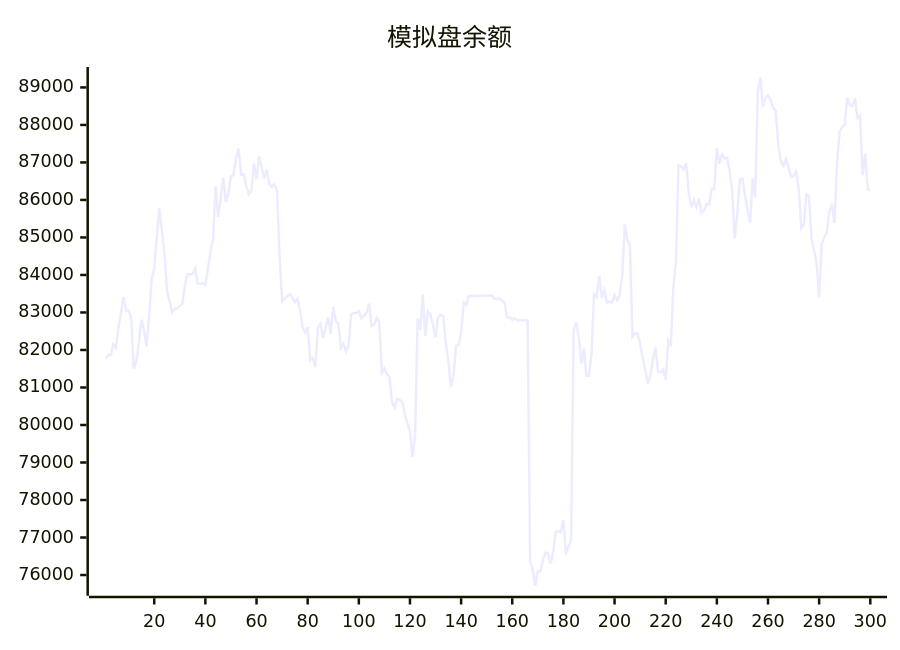
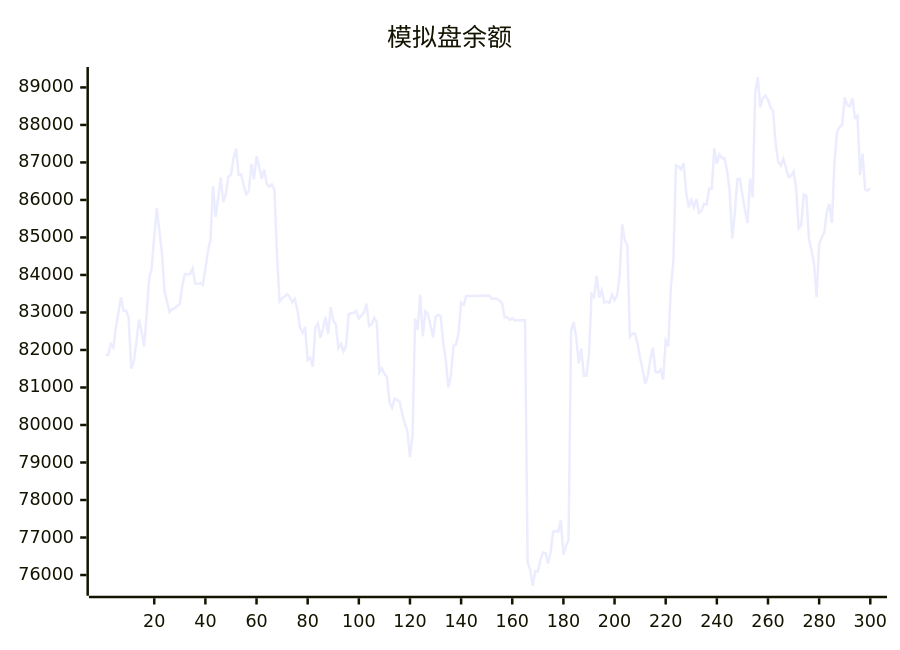
Before and after one commit to aahl/ai-trading: the diagram in README.md, drawn with Mermaid. The commit also changed other lines of this file and 1 other file, not shown here.

````diff
--- a/README.md
+++ b/README.md
@@ -5,5 +5,5 @@
 ```mermaid
 xychart
     title "模拟盘余额"
-    line [81776,81866,81866,82158,82061,82596,83000,83408,83041,83050,82858,81503,81691,82188,82812,82517,82092,82901,83898,84180,85030,85781,85178,84604,83569,83298,83008,83093,83107,83175,83228,83729,84025,84017,84019,84177,83775,83762,83785,83738,84160,84639,84939,86370,85548,86046,86599,85942,86161,86622,86664,87115,87369,86666,86685,86384,86152,86243,86969,86548,87164,86885,86566,86809,86427,86348,86417,86273,84538,83299,83369,83430,83490,83404,83270,83362,83056,82605,82459,82614,81734,81788,81551,82598,82702,82320,82580,82878,82426,83139,82778,82686,82056,82166,81963,82110,82951,82983,82984,83038,82838,82915,82998,83235,82642,82682,82858,82746,81396,81512,81362,81277,80600,80461,80699,80673,80616,80288,80038,79836,79142,79722,82837,82533,83480,82366,83032,82960,82654,82330,82883,82934,82901,82188,81728,81005,81298,82110,82135,82449,83264,83203,83440,83439,83440,83440,83446,83447,83448,83447,83448,83449,83369,83369,83369,83313,83256,82872,82873,82801,82844,82785,82791,82791,82793,82794,76339,76145,75714,76110,76096,76397,76594,76585,76310,76607,77160,77170,77160,77456,76541,76774,76927,82520,82744,82337,81639,82040,81307,81314,81887,83490,83414,83984,83396,83594,83261,83287,83253,83470,83327,83465,83987,85348,84930,84786,82355,82433,82438,82167,81795,81466,81105,81315,81756,82064,81426,81398,81481,81210,82242,82099,83658,84359,86925,86892,86814,86980,86203,85802,86003,85811,86028,85657,85721,85896,85880,86300,86299,87378,86965,87214,87115,87118,86780,86238,84966,85623,86555,86562,86129,85722,85387,86569,86070,88870,89278,88477,88720,88781,88668,88467,88372,87493,87018,86917,87102,86870,86613,86644,86758,86317,85242,85334,86149,86106,84968,84671,84302,83410,84816,85001,85127,85693,85891,85384,87001,87811,87945,88007,88734,88528,88495,88705,88189,88248,86662,87234,86279,86251]
+    line [81866,81866,82158,82061,82596,83000,83408,83041,83050,82858,81503,81691,82188,82812,82517,82092,82901,83898,84180,85030,85781,85178,84604,83569,83298,83008,83093,83107,83175,83228,83729,84025,84017,84019,84177,83775,83762,83785,83738,84160,84639,84939,86370,85548,86046,86599,85942,86161,86622,86664,87115,87369,86666,86685,86384,86152,86243,86969,86548,87164,86885,86566,86809,86427,86348,86417,86273,84538,83299,83369,83430,83490,83404,83270,83362,83056,82605,82459,82614,81734,81788,81551,82598,82702,82320,82580,82878,82426,83139,82778,82686,82056,82166,81963,82110,82951,82983,82984,83038,82838,82915,82998,83235,82642,82682,82858,82746,81396,81512,81362,81277,80600,80461,80699,80673,80616,80288,80038,79836,79142,79722,82837,82533,83480,82366,83032,82960,82654,82330,82883,82934,82901,82188,81728,81005,81298,82110,82135,82449,83264,83203,83440,83439,83440,83440,83446,83447,83448,83447,83448,83449,83369,83369,83369,83313,83256,82872,82873,82801,82844,82785,82791,82791,82793,82794,76339,76145,75714,76110,76096,76397,76594,76585,76310,76607,77160,77170,77160,77456,76541,76774,76927,82520,82744,82337,81639,82040,81307,81314,81887,83490,83414,83984,83396,83594,83261,83287,83253,83470,83327,83465,83987,85348,84930,84786,82355,82433,82438,82167,81795,81466,81105,81315,81756,82064,81426,81398,81481,81210,82242,82099,83658,84359,86925,86892,86814,86980,86203,85802,86003,85811,86028,85657,85721,85896,85880,86300,86299,87378,86965,87214,87115,87118,86780,86238,84966,85623,86555,86562,86129,85722,85387,86569,86070,88870,89278,88477,88720,88781,88668,88467,88372,87493,87018,86917,87102,86870,86613,86644,86758,86317,85242,85334,86149,86106,84968,84671,84302,83410,84816,85001,85127,85693,85891,85384,87001,87811,87945,88007,88734,88528,88495,88705,88189,88248,86662,87234,86279,86251,86314]
 ```
````
